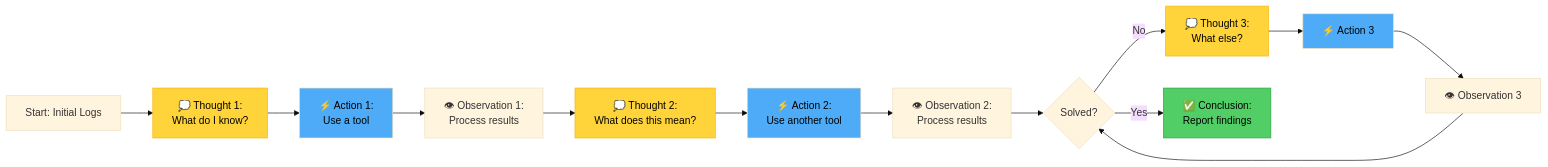
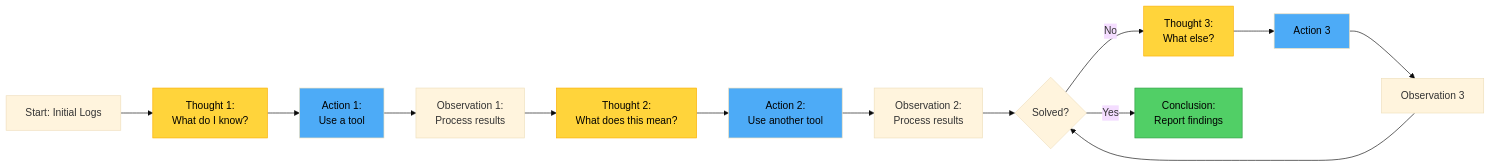
The tenth of 13 diagrams in 03-ai-agent-for-devops/03-understanding-core-ai-building-blocks.md (VersusControl/devops-ai-guidelines), drawn with Mermaid (base theme) before and after one commit.

Commit message:
(docs): rm icon

````diff
--- a/03-ai-agent-for-devops/03-understanding-core-ai-building-blocks.md
+++ b/03-ai-agent-for-devops/03-understanding-core-ai-building-blocks.md
@@ -527,26 +527,26 @@
 ```mermaid
 graph LR
-    Start[Start: Initial Logs] --> T1[💭 Thought 1:<br/>What do I know?]
-    T1 --> A1[⚡ Action 1:<br/>Use a tool]
-    A1 --> O1[👁 Observation 1:<br/>Process results]
+    Start[Start: Initial Logs] --> T1[Thought 1:<br/>What do I know?]
+    T1 --> A1[Action 1:<br/>Use a tool]
+    A1 --> O1[Observation 1:<br/>Process results]
     
-    O1 --> T2[💭 Thought 2:<br/>What does this mean?]
-    T2 --> A2[⚡ Action 2:<br/>Use another tool]
-    A2 --> O2[👁 Observation 2:<br/>Process results]
+    O1 --> T2[Thought 2:<br/>What does this mean?]
+    T2 --> A2[Action 2:<br/>Use another tool]
+    A2 --> O2[Observation 2:<br/>Process results]
     
     O2 --> D{Solved?}
-    D -->|No| T3[💭 Thought 3:<br/>What else?]
-    T3 --> A3[⚡ Action 3]
-    A3 --> O3[👁 Observation 3]
+    D -->|No| T3[Thought 3:<br/>What else?]
+    T3 --> A3[Action 3]
+    A3 --> O3[Observation 3]
     O3 --> D
     
-    D -->|Yes| C[✅ Conclusion:<br/>Report findings]
+    D -->|Yes| C[Conclusion:<br/>Report findings]
     
     style T1 fill:#ffd43b,stroke:#fab005,color:#000
     style T2 fill:#ffd43b,stroke:#fab005,color:#000
     style T3 fill:#ffd43b,stroke:#fab005,color:#000
     style A1 fill:#4dabf7,color:#000
     style A2 fill:#4dabf7,color:#000
     style A3 fill:#4dabf7,color:#000
     style C fill:#51cf66,stroke:#2f9e44,color:#000
 ```
````
